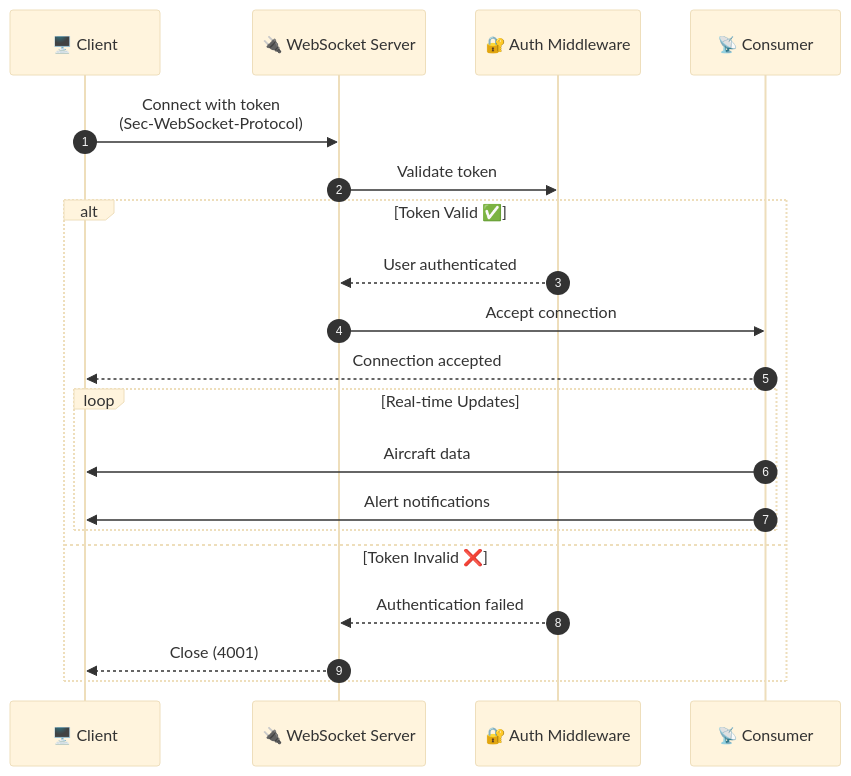
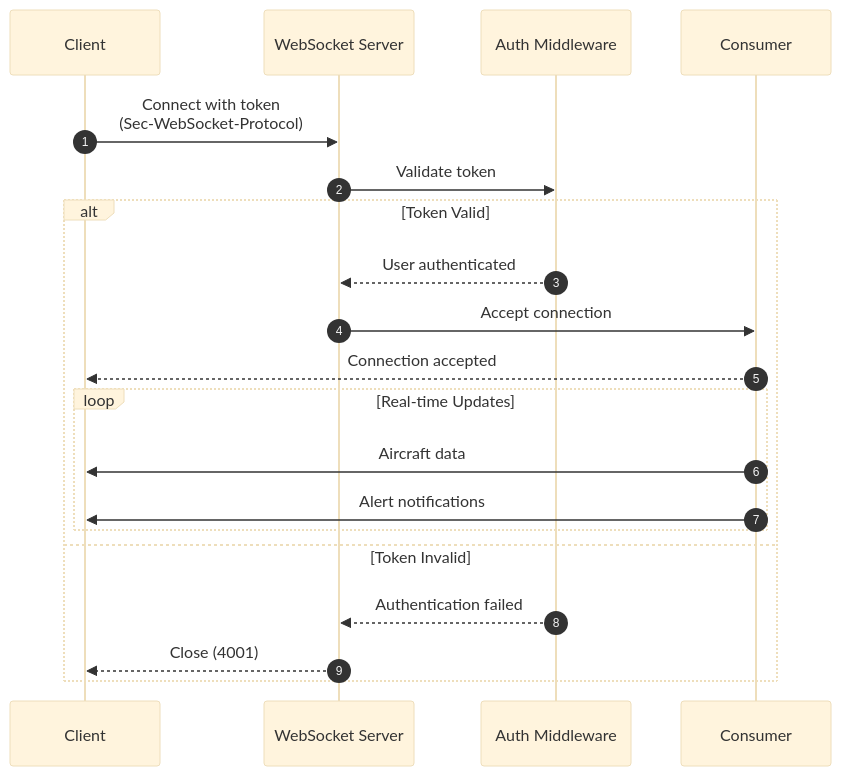
One commit to CHA0S-CORP/SkySpyDocs changed the fourth of 5 diagrams in docs/core-features/authentication.md. Above: the diagram before and after it, drawn with Mermaid (base theme). The commit also changed other lines of this file, not shown here.

````diff
--- a/docs/core-features/authentication.md
+++ b/docs/core-features/authentication.md
@@ -741,25 +688,25 @@
 ```mermaid
 sequenceDiagram
     autonumber
-    participant Client as 🖥️ Client
-    participant WS as 🔌 WebSocket Server
-    participant Auth as 🔐 Auth Middleware
-    participant Consumer as 📡 Consumer
+    participant Client as Client
+    participant WS as WebSocket Server
+    participant Auth as Auth Middleware
+    participant Consumer as Consumer
 
     Client->>WS: Connect with token<br/>(Sec-WebSocket-Protocol)
     WS->>Auth: Validate token
 
-    alt Token Valid ✅
+    alt Token Valid
         Auth-->>WS: User authenticated
         WS->>Consumer: Accept connection
         Consumer-->>Client: Connection accepted
 
         loop Real-time Updates
             Consumer->>Client: Aircraft data
             Consumer->>Client: Alert notifications
         end
-    else Token Invalid ❌
+    else Token Invalid
         Auth-->>WS: Authentication failed
         WS-->>Client: Close (4001)
     end
 ```
````
